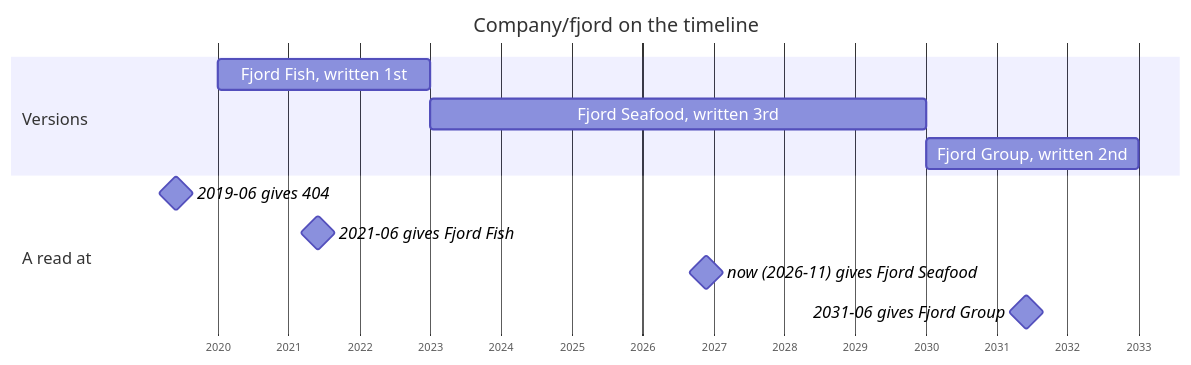
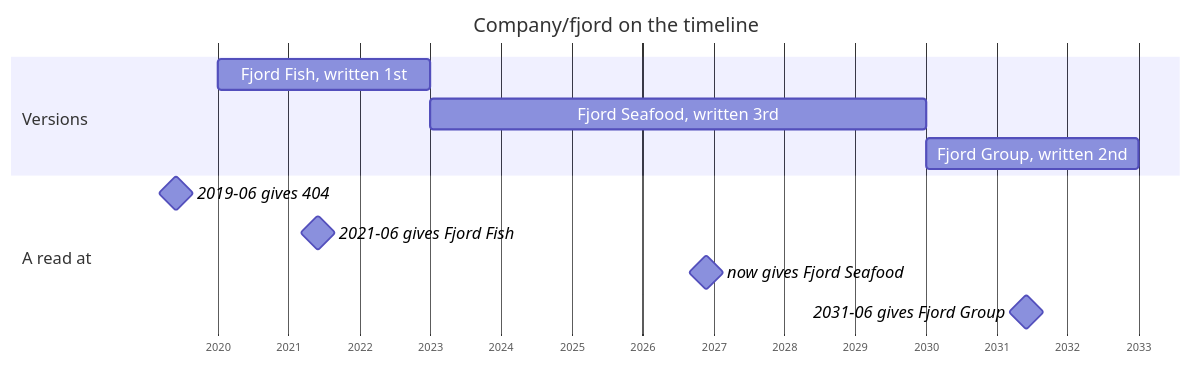
One commit to descoped/linked-data-store-project changed the first of 9 diagrams in docs/user/concepts.md. Above: the diagram before and after it, drawn with Mermaid. The commit also changed other lines of this file and 48 other files, not shown here.

First line of the commit message:
The site: the landing page, every document checked against the code, and a roadmap (#70)

````diff
--- a/docs/user/concepts.md
+++ b/docs/user/concepts.md
@@ -156,17 +164,17 @@
 ```mermaid
 %%{init: {"gantt": {"leftPadding": 150, "fontSize": 15, "sectionFontSize": 15, "barHeight": 28, "barGap": 8}}}%%
 gantt
     title Company/fjord on the timeline
     dateFormat YYYY-MM-DD
     axisFormat %Y
     todayMarker off
     section Versions
     Fjord Fish, written 1st       : 2020-01-01, 2023-01-01
     Fjord Seafood, written 3rd    : 2023-01-01, 2030-01-01
     Fjord Group, written 2nd      : 2030-01-01, 2033-01-01
     section A read at
     2019-06 gives 404             : milestone, 2019-06-01, 0d
     2021-06 gives Fjord Fish      : milestone, 2021-06-01, 0d
-    now (2026-11) gives Fjord Seafood      : milestone, 2026-11-24, 0d
+    now gives Fjord Seafood       : milestone, 2026-11-24, 0d
     2031-06 gives Fjord Group     : milestone, 2031-06-01, 0d
 ```
````
